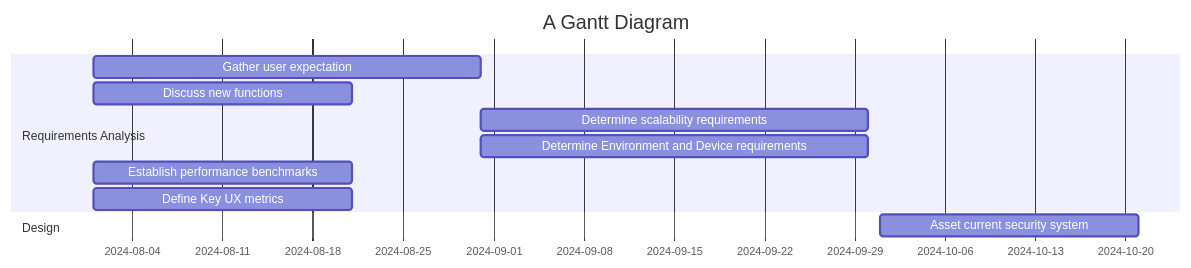
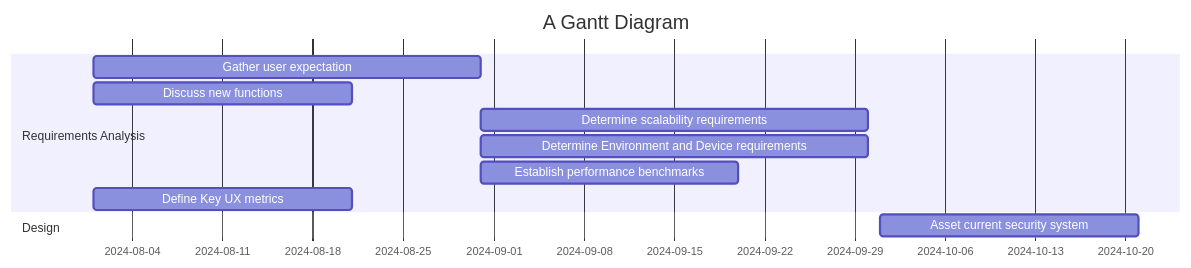
One commit to sayshelley/iodraw-files changed the diagram in all/Untitled-2.md. Above: the diagram before and after it, drawn with Mermaid.

Commit message:
2024-10-05 00:19:05 update

````diff
--- a/all/Untitled-2.md
+++ b/all/Untitled-2.md
@@ -1,23 +1,23 @@
 ```mermaid
 gantt
     title A Gantt Diagram
     dateFormat  YYYY-MM-DD
     section Requirements Analysis
         Gather user expectation: a4, 2024-08-01, 30d
         Discuss new functions: a6, 2024-08-01, 20d
         Determine scalability requirements: a1, after a4, 30d
         Determine Environment and Device requirements: a2, after a4, 30d
-        Establish performance benchmarks: a3, 2024-08-01, 20d
+        Establish performance benchmarks: a3, after a4, 20d
         Define Key UX metrics: a5, 2024-08-01, 20d
         
     section Design
         Asset current security system: b1, 2024-10-01, 20d
 
     section Develop
 
 
     
 
 
    
 ```
````
